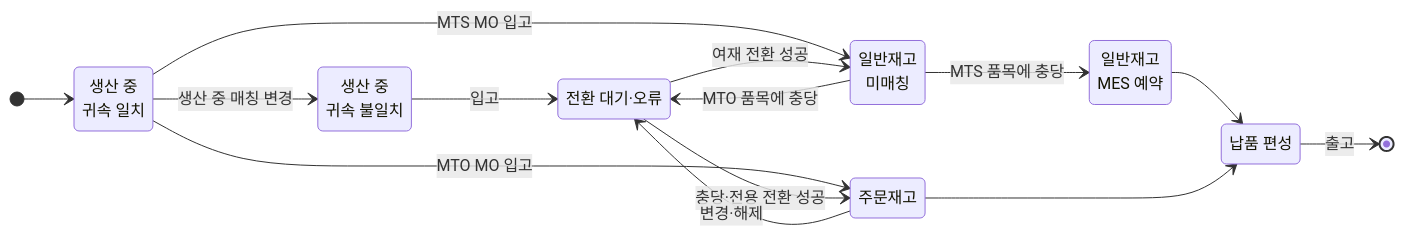
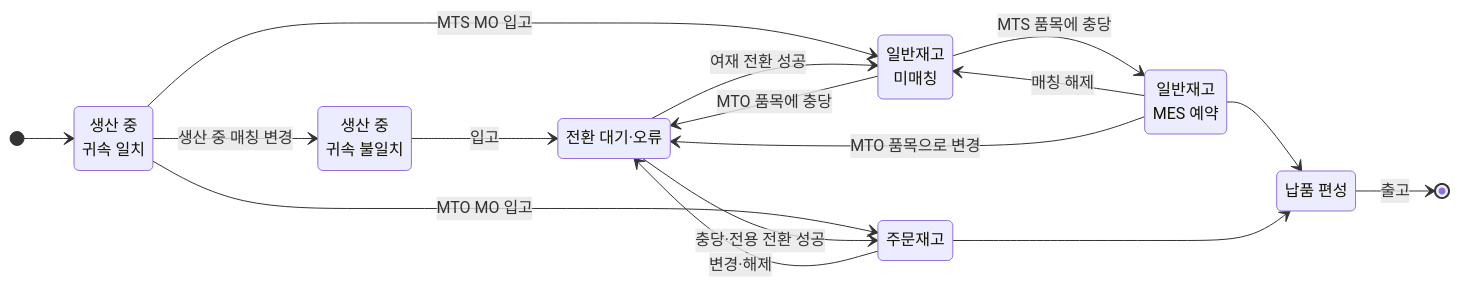
One commit to donseok/mes-to-be-doc changed the second of 2 diagrams in docs/mto-mts-04-mes-requirements.md. Above: the diagram before and after it, drawn with Mermaid. The commit also changed other lines of this file and 5 other files, not shown here.

````diff
--- a/docs/mto-mts-04-mes-requirements.md
+++ b/docs/mto-mts-04-mes-requirements.md
@@ -149,24 +149,26 @@
 ```mermaid
 stateDiagram-v2
   direction LR
   state "생산 중<br/>귀속 일치" as W1
   state "생산 중<br/>귀속 불일치" as W2
   state "일반재고<br/>미매칭" as S0
   state "일반재고<br/>MES 예약" as S1
   state "주문재고" as S2
   state "전환 대기·오류" as S3
   state "납품 편성" as D
   [*] --> W1
   W1 --> W2: 생산 중 매칭 변경
   W1 --> S0: MTS MO 입고
   W1 --> S2: MTO MO 입고
   W2 --> S3: 입고
   S3 --> S2: 충당·전용 전환 성공
   S3 --> S0: 여재 전환 성공
   S0 --> S1: MTS 품목에 충당
   S0 --> S3: MTO 품목에 충당
+  S1 --> S0: 매칭 해제
+  S1 --> S3: MTO 품목으로 변경
   S2 --> S3: 변경·해제
   S1 --> D
   S2 --> D
   D --> [*]: 출고
 ```
````
